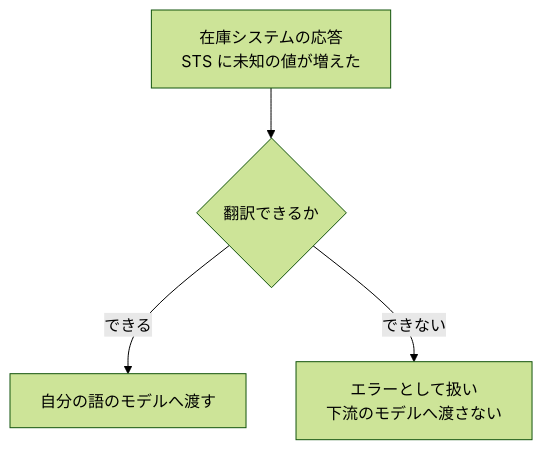
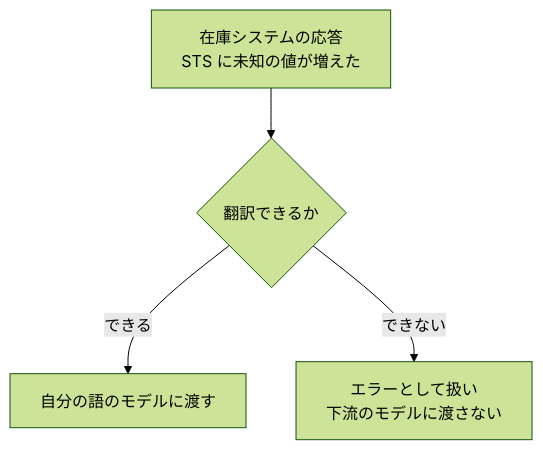
The fifth of 5 diagrams in content/notes/software-architecture/anti-corruption-layer/index.md (nao1215/debimate), drawn with Mermaid (forest theme) before and after one commit. The commit also changed other lines of this file and 46 other files, not shown here.

````diff
--- a/content/notes/software-architecture/anti-corruption-layer/index.md
+++ b/content/notes/software-architecture/anti-corruption-layer/index.md
@@ -276,6 +276,6 @@
 ```mermaid
 flowchart TB
     U["在庫システムの応答<br/>STS に未知の値が増えた"] --> A{"翻訳できるか"}
-    A -- "できる" --> M["自分の語のモデルへ渡す"]
-    A -- "できない" --> E["エラーとして扱い<br/>下流のモデルへ渡さない"]
+    A -- "できる" --> M["自分の語のモデルに渡す"]
+    A -- "できない" --> E["エラーとして扱い<br/>下流のモデルに渡さない"]
 ```
````
